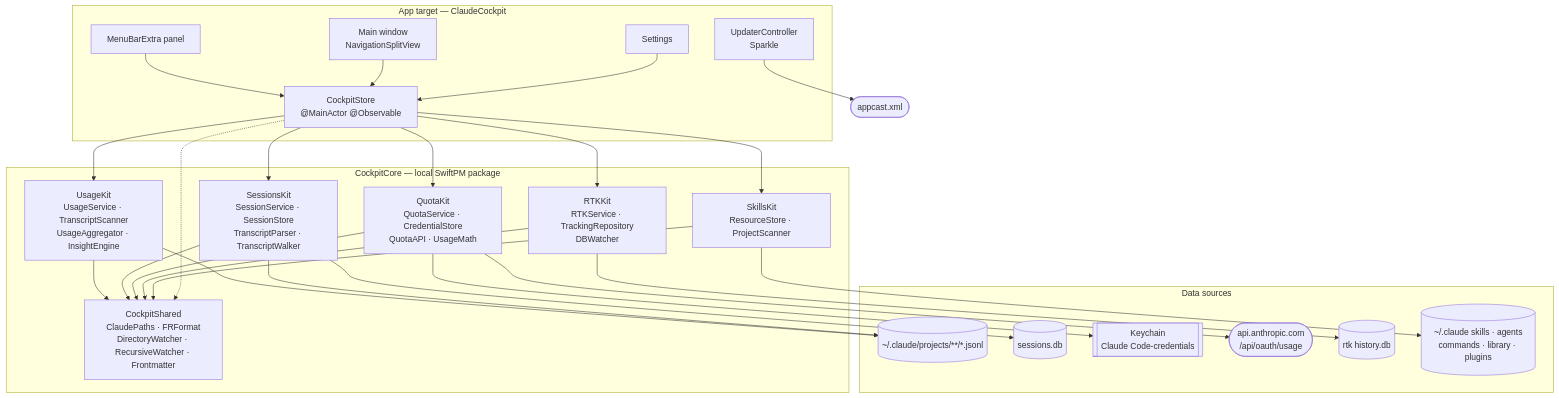
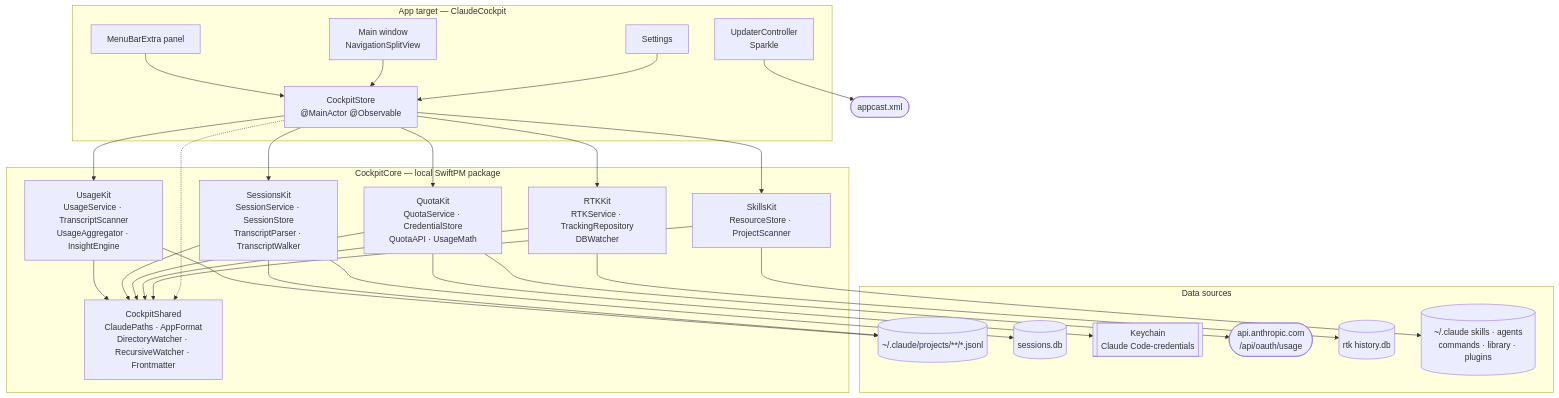
The diagram in ARCHITECTURE_EN.md (smartcolibri/ClaudeCockpit), drawn with Mermaid before and after one commit. The commit also changed other lines of this file and 3 other files, not shown here.

````diff
--- a/ARCHITECTURE_EN.md
+++ b/ARCHITECTURE_EN.md
@@ -29,52 +29,52 @@
 ```mermaid
 flowchart TD
     subgraph app["App target — ClaudeCockpit"]
         MB["MenuBarExtra panel"]
         WIN["Main window<br/>NavigationSplitView"]
         SET["Settings"]
         UPD["UpdaterController<br/>Sparkle"]
         STORE["CockpitStore<br/>@MainActor @Observable"]
         MB --> STORE
         WIN --> STORE
         SET --> STORE
     end
 
     subgraph core["CockpitCore — local SwiftPM package"]
-        SHARED["CockpitShared<br/>ClaudePaths · FRFormat<br/>DirectoryWatcher · RecursiveWatcher · Frontmatter"]
+        SHARED["CockpitShared<br/>ClaudePaths · AppFormat<br/>DirectoryWatcher · RecursiveWatcher · Frontmatter"]
         USAGE["UsageKit<br/>UsageService · TranscriptScanner<br/>UsageAggregator · InsightEngine"]
         SESSIONS["SessionsKit<br/>SessionService · SessionStore<br/>TranscriptParser · TranscriptWalker"]
         QUOTA["QuotaKit<br/>QuotaService · CredentialStore<br/>QuotaAPI · UsageMath"]
         RTK["RTKKit<br/>RTKService · TrackingRepository<br/>DBWatcher"]
         SKILLS["SkillsKit<br/>ResourceStore · ProjectScanner"]
         USAGE --> SHARED
         SESSIONS --> SHARED
         QUOTA --> SHARED
         RTK --> SHARED
         SKILLS --> SHARED
     end
 
     subgraph data["Data sources"]
         JSONL[("~/.claude/projects/**/*.jsonl")]
         SDB[("sessions.db")]
         KC[["Keychain<br/>Claude Code-credentials"]]
         API(["api.anthropic.com<br/>/api/oauth/usage"])
         DB[("rtk history.db")]
         FS[("~/.claude skills · agents<br/>commands · library · plugins")]
     end
 
     STORE --> USAGE
     STORE --> SESSIONS
     STORE --> QUOTA
     STORE --> RTK
     STORE --> SKILLS
     STORE -.-> SHARED
     UPD --> FEED(["appcast.xml"])
 
     USAGE --> JSONL
     SESSIONS --> JSONL
     SESSIONS --> SDB
     QUOTA --> KC
     QUOTA --> API
     RTK --> DB
     SKILLS --> FS
 ```
````
